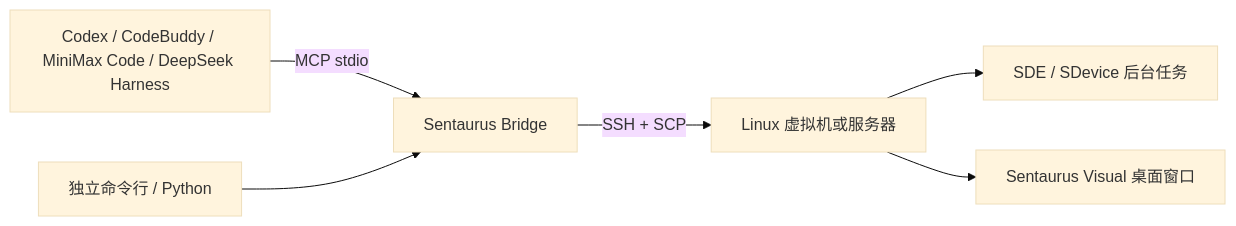
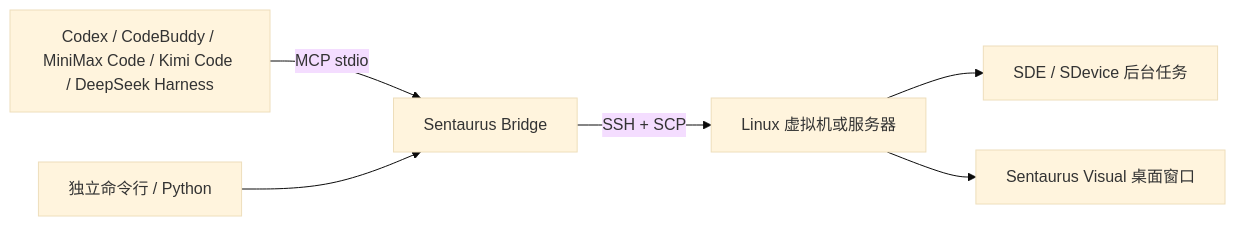
The diagram in README.md (jianshengchuanchaun/sentaurus-bridge-lite), drawn with Mermaid (base theme) before and after one commit. The commit also changed other lines of this file and 9 other files, not shown here.

Commit message:
Add Kimi Code MCP configuration and K3.1 Pro guide (#2)

````diff
--- a/README.md
+++ b/README.md
@@ -17,8 +17,8 @@
 ```mermaid
 flowchart LR
-    A[Codex / CodeBuddy / MiniMax Code / DeepSeek Harness] -->|MCP stdio| B[Sentaurus Bridge]
+    A[Codex / CodeBuddy / MiniMax Code / Kimi Code / DeepSeek Harness] -->|MCP stdio| B[Sentaurus Bridge]
     C[独立命令行 / Python] --> B
     B -->|SSH + SCP| D[Linux 虚拟机或服务器]
     D --> E[SDE / SDevice 后台任务]
     D --> F[Sentaurus Visual 桌面窗口]
 ```
````
